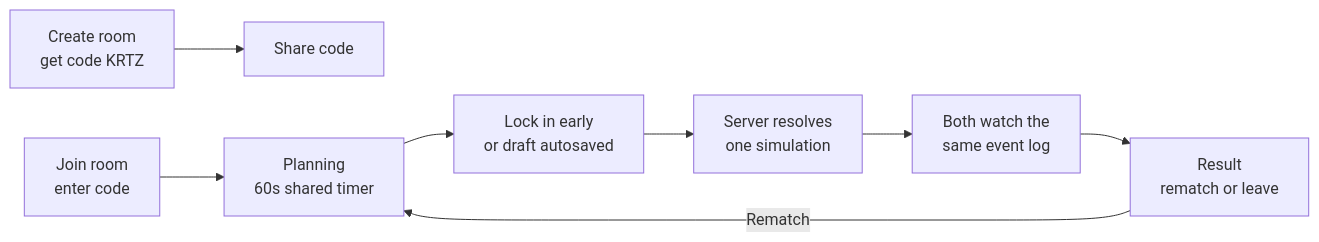
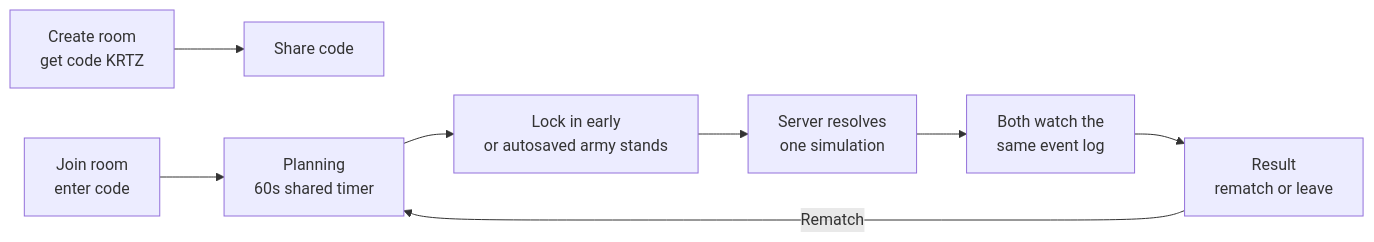
Before and after one commit to nauqh/greyfall: the diagram in PRD-PVP.md, drawn with Mermaid. The commit also changed other lines of this file, not shown here.

````diff
--- a/PRD-PVP.md
+++ b/PRD-PVP.md
@@ -46,10 +47,10 @@
 ```mermaid
 flowchart LR
   A[Create room<br/>get code KRTZ] --> B[Share code]
   B2[Join room<br/>enter code] --> C[Planning<br/>60s shared timer]
-  C --> D[Lock in early<br/>or draft autosaved]
+  C --> D[Lock in early<br/>or autosaved army stands]
   D --> E[Server resolves<br/>one simulation]
   E --> F[Both watch the<br/>same event log]
   F --> G[Result<br/>rematch or leave]
   G -->|Rematch| C
 ```
````
